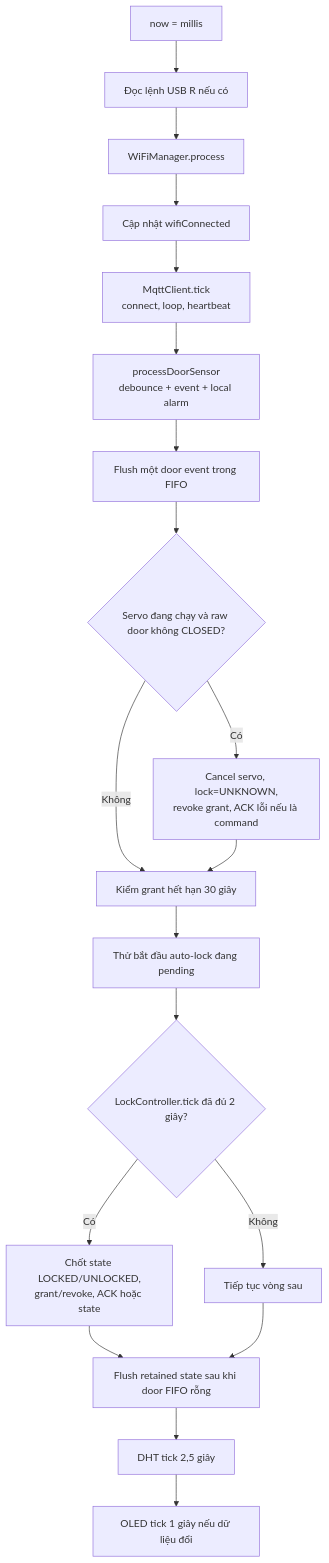
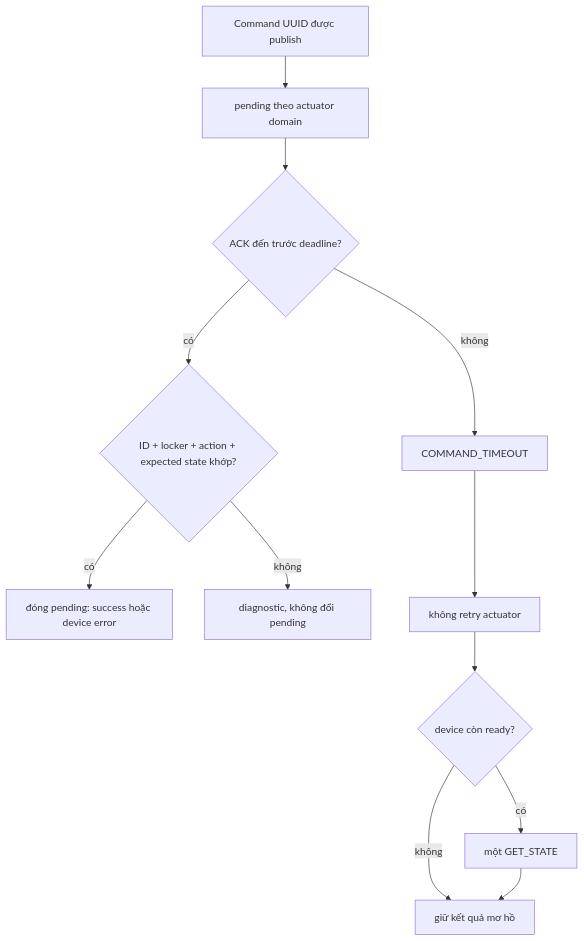
One commit to ThaiQuangHuy2906/smart-privacy-locker changed the seventh of 28 diagrams in ON_TAP_VAN_DAP_CHI_TIET.md. Above: the diagram before and after it, drawn with Mermaid. The commit also changed other lines of this file and 25 other files, not shown here.

````diff
--- a/ON_TAP_VAN_DAP_CHI_TIET.md
+++ b/ON_TAP_VAN_DAP_CHI_TIET.md
@@ -526,21 +365,14 @@
 ```mermaid
 flowchart TD
-    A["now = millis"] --> B["Đọc lệnh USB R nếu có"]
-    B --> C["WiFiManager.process"]
-    C --> D["Cập nhật wifiConnected"]
-    D --> E["MqttClient.tick<br/>connect, loop, heartbeat"]
-    E --> F["processDoorSensor<br/>debounce + event + local alarm"]
-    F --> G["Flush một door event trong FIFO"]
-    G --> H{"Servo đang chạy và raw door không CLOSED?"}
-    H -->|"Có"| I["Cancel servo, lock=UNKNOWN,<br/>revoke grant, ACK lỗi nếu là command"]
-    H -->|"Không"| J["Kiểm grant hết hạn 30 giây"]
-    I --> J
-    J --> K["Thử bắt đầu auto-lock đang pending"]
-    K --> L{"LockController.tick đã đủ 2 giây?"}
-    L -->|"Có"| M["Chốt state LOCKED/UNLOCKED,<br/>grant/revoke, ACK hoặc state"]
-    L -->|"Không"| N["Tiếp tục vòng sau"]
-    M --> O["Flush retained state sau khi door FIFO rỗng"]
-    N --> O
-    O --> P["DHT tick 2,5 giây"]
-    P --> Q["OLED tick 1 giây nếu dữ liệu đổi"]
+    A["Command UUID được publish"] --> B["pending theo actuator domain"]
+    B --> C{"ACK đến trước deadline?"}
+    C -->|"có"| D{"ID + locker + action + expected state khớp?"}
+    D -->|"có"| E["đóng pending: success hoặc device error"]
+    D -->|"không"| F["diagnostic, không đổi pending"]
+    C -->|"không"| G["COMMAND_TIMEOUT"]
+    G --> H["không retry actuator"]
+    H --> I{"device còn ready?"}
+    I -->|"có"| J["một GET_STATE"]
+    I -->|"không"| K["giữ kết quả mơ hồ"]
+    J --> K
 ```
````
